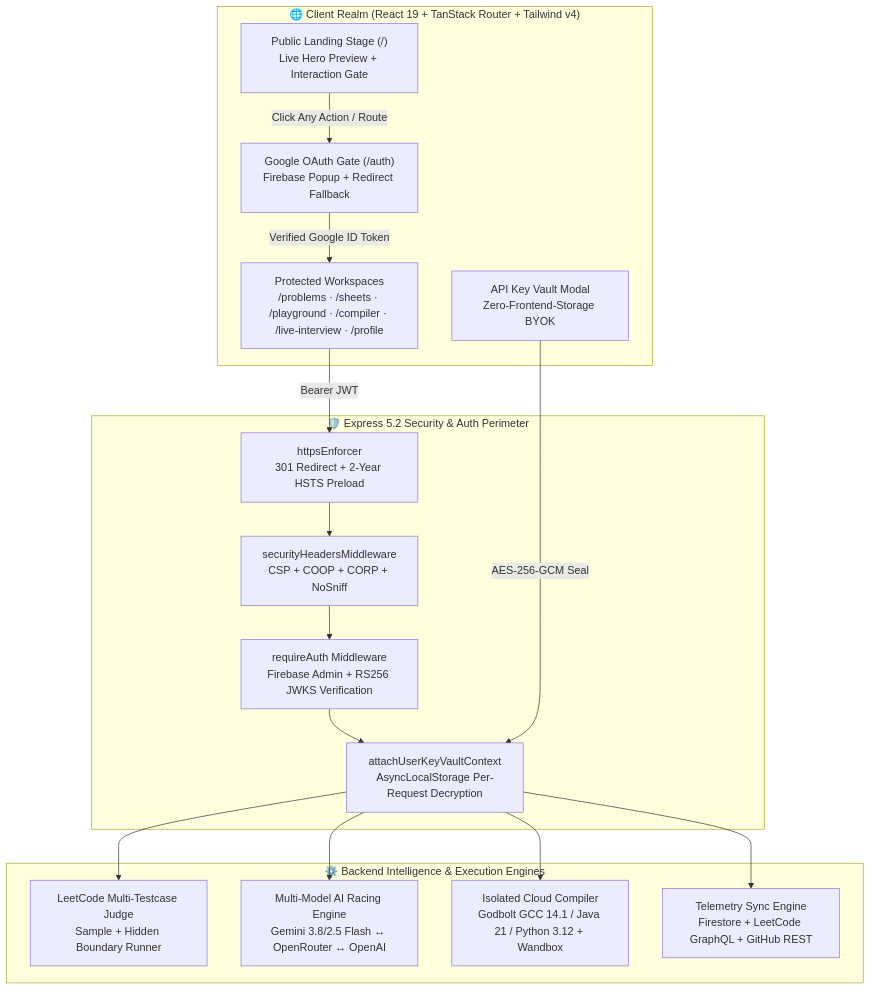
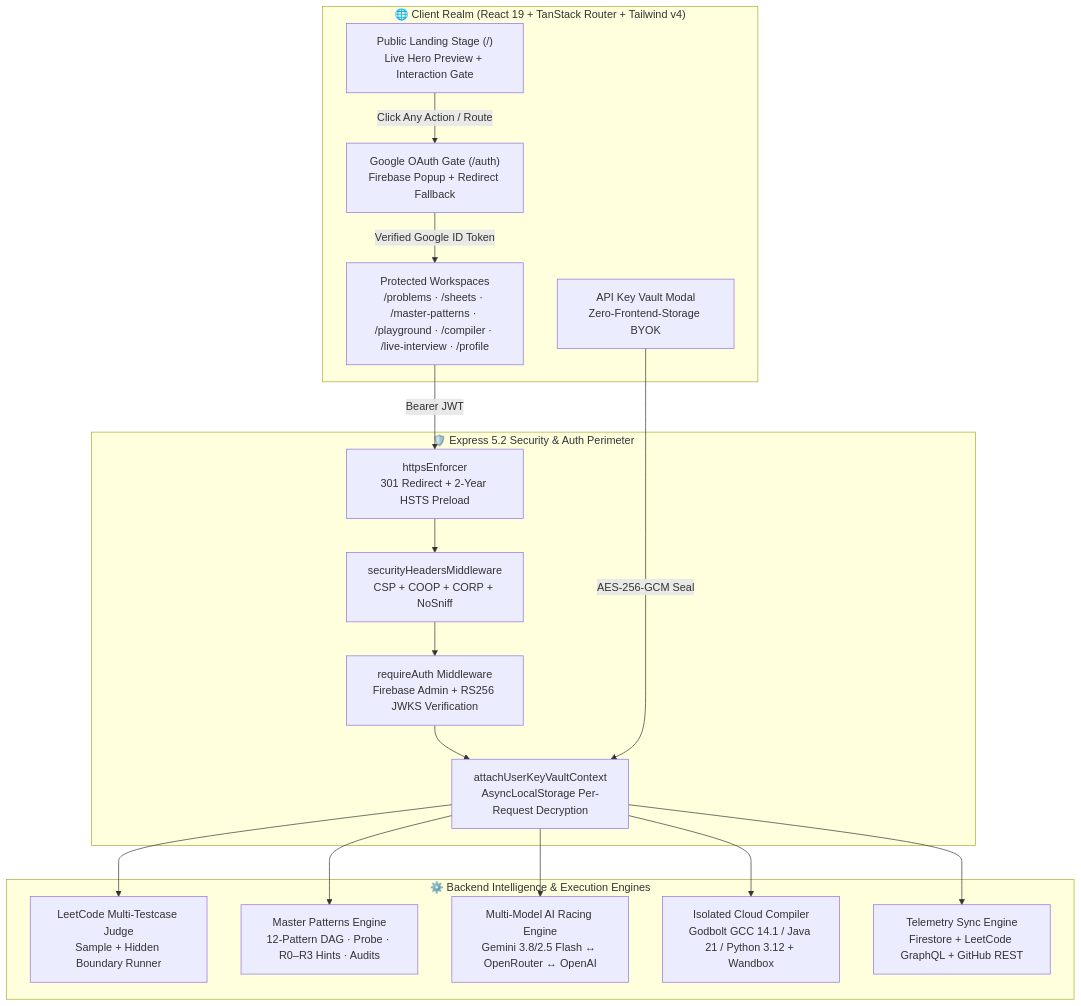
Before and after one commit to isthatnkhl-byte/DSA.viz.co: the first of 2 diagrams in README.md, drawn with Mermaid. The commit also changed other lines of this file and 31 other files, not shown here.

Commit message:
feat(master-patterns): add adaptive 12-pattern DAG cognitive engine, progressive hints, sandbox drivers, and README docs

````diff
--- a/README.md
+++ b/README.md
@@ -170,29 +196,30 @@
 ```mermaid
 flowchart TB
     subgraph Browser["🌐 Client Realm (React 19 + TanStack Router + Tailwind v4)"]
         Landing["Public Landing Stage (/)\nLive Hero Preview + Interaction Gate"]
         AuthPage["Google OAuth Gate (/auth)\nFirebase Popup + Redirect Fallback"]
-        Workspace["Protected Workspaces\n/problems · /sheets · /playground · /compiler · /live-interview · /profile"]
+        Workspace["Protected Workspaces\n/problems · /sheets · /master-patterns · /playground · /compiler · /live-interview · /profile"]
         KeyVaultModal["API Key Vault Modal\nZero-Frontend-Storage BYOK"]
     end
 
     subgraph EdgeSecurity["🛡️ Express 5.2 Security & Auth Perimeter"]
         HTTPS["httpsEnforcer\n301 Redirect + 2-Year HSTS Preload"]
         Headers["securityHeadersMiddleware\nCSP + COOP + CORP + NoSniff"]
         AuthGate["requireAuth Middleware\nFirebase Admin + RS256 JWKS Verification"]
         VaultCtx["attachUserKeyVaultContext\nAsyncLocalStorage Per-Request Decryption"]
     end
 
     subgraph CoreEngines["⚙️ Backend Intelligence & Execution Engines"]
         Judge["LeetCode Multi-Testcase Judge\nSample + Hidden Boundary Runner"]
+        PatternEngine["Master Patterns Engine\n12-Pattern DAG · Probe · R0–R3 Hints · Audits"]
         AIRace["Multi-Model AI Racing Engine\nGemini 3.8/2.5 Flash ↔ OpenRouter ↔ OpenAI"]
         Compiler["Isolated Cloud Compiler\nGodbolt GCC 14.1 / Java 21 / Python 3.12 + Wandbox"]
         Sync["Telemetry Sync Engine\nFirestore + LeetCode GraphQL + GitHub REST"]
     end
 
     Landing -->|Click Any Action / Route| AuthPage
     AuthPage -->|Verified Google ID Token| Workspace
     Workspace -->|Bearer JWT| HTTPS --> Headers --> AuthGate --> VaultCtx
     KeyVaultModal -->|AES-256-GCM Seal| VaultCtx
-    VaultCtx --> Judge & AIRace & Compiler & Sync
+    VaultCtx --> Judge & PatternEngine & AIRace & Compiler & Sync
 ```
````
